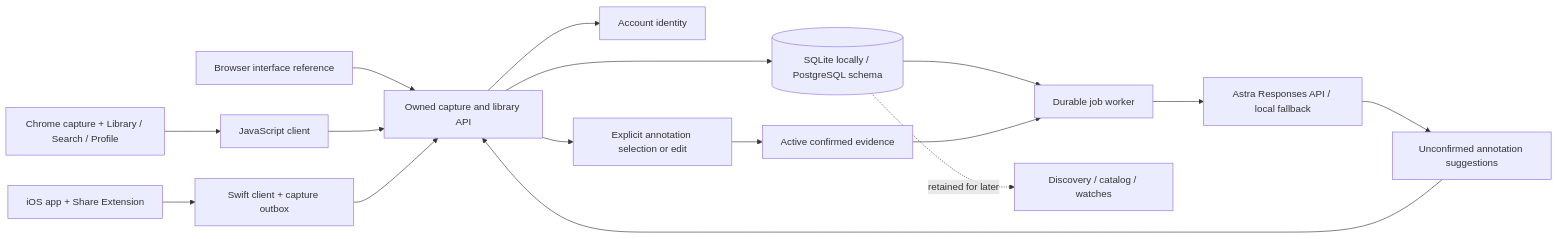
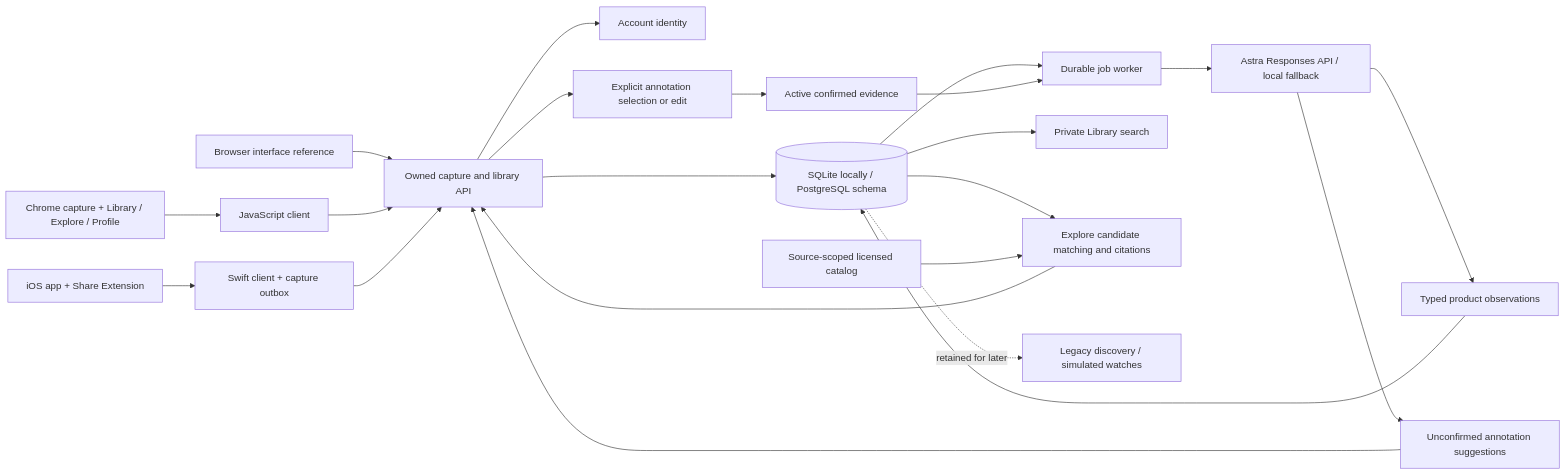
The diagram in docs/architecture.md (Haydnlee31/AIGrandPrixT12), drawn with Mermaid before and after one commit. The commit also changed other lines of this file and 74 other files, not shown here.

Commit message:
Add product understanding, Library search, and cited Explore

````diff
--- a/docs/architecture.md
+++ b/docs/architecture.md
@@ -9,18 +9,24 @@
 ```mermaid
 flowchart LR
-  CH[Chrome capture + Library / Search / Profile] --> JS[JavaScript client]
+  CH[Chrome capture + Library / Explore / Profile] --> JS[JavaScript client]
   IOS[iOS app + Share Extension] --> SW[Swift client + capture outbox]
   REF[Browser interface reference] --> API[Owned capture and library API]
   JS --> API
   SW --> API
   API --> DB[(SQLite locally / PostgreSQL schema)]
   API --> ID[Account identity]
   DB --> JOB[Durable job worker]
   JOB --> EN[Astra Responses API / local fallback]
+  EN --> OBS[Typed product observations]
   EN --> SUG[Unconfirmed annotation suggestions]
+  OBS --> DB
   SUG --> API
   API --> CONF[Explicit annotation selection or edit]
   CONF --> EV[Active confirmed evidence]
   EV --> JOB
-  DB -. retained for later .-> INT[Discovery / catalog / watches]
+  DB --> LS[Private Library search]
+  DB --> EX[Explore candidate matching and citations]
+  CAT[Source-scoped licensed catalog] --> EX
+  EX --> API
+  DB -. retained for later .-> INT[Legacy discovery / simulated watches]
 ```
````
